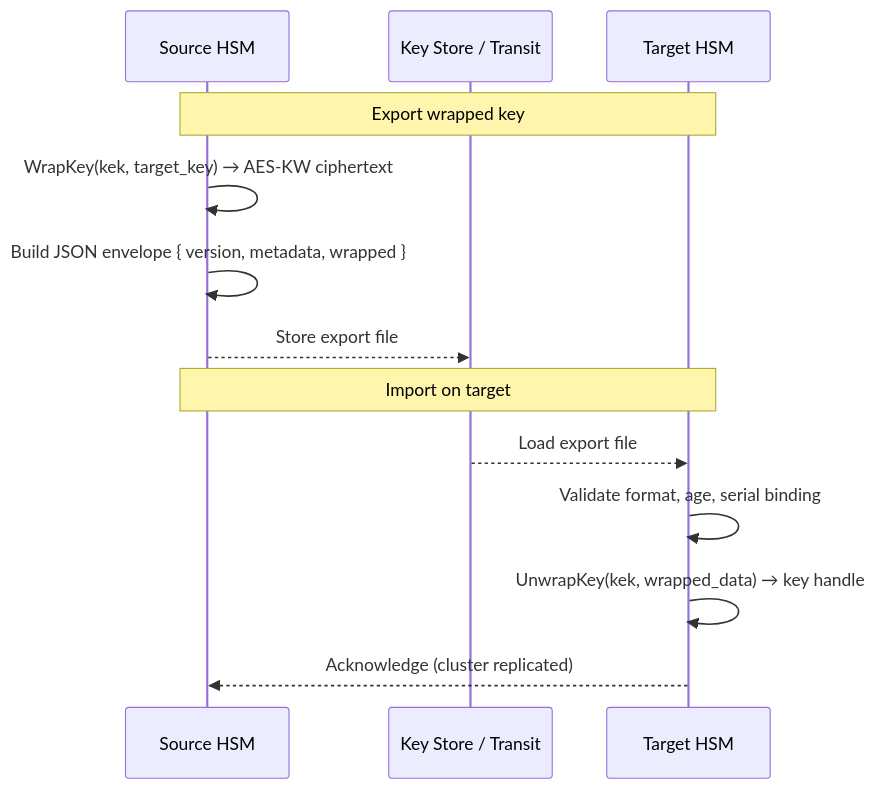
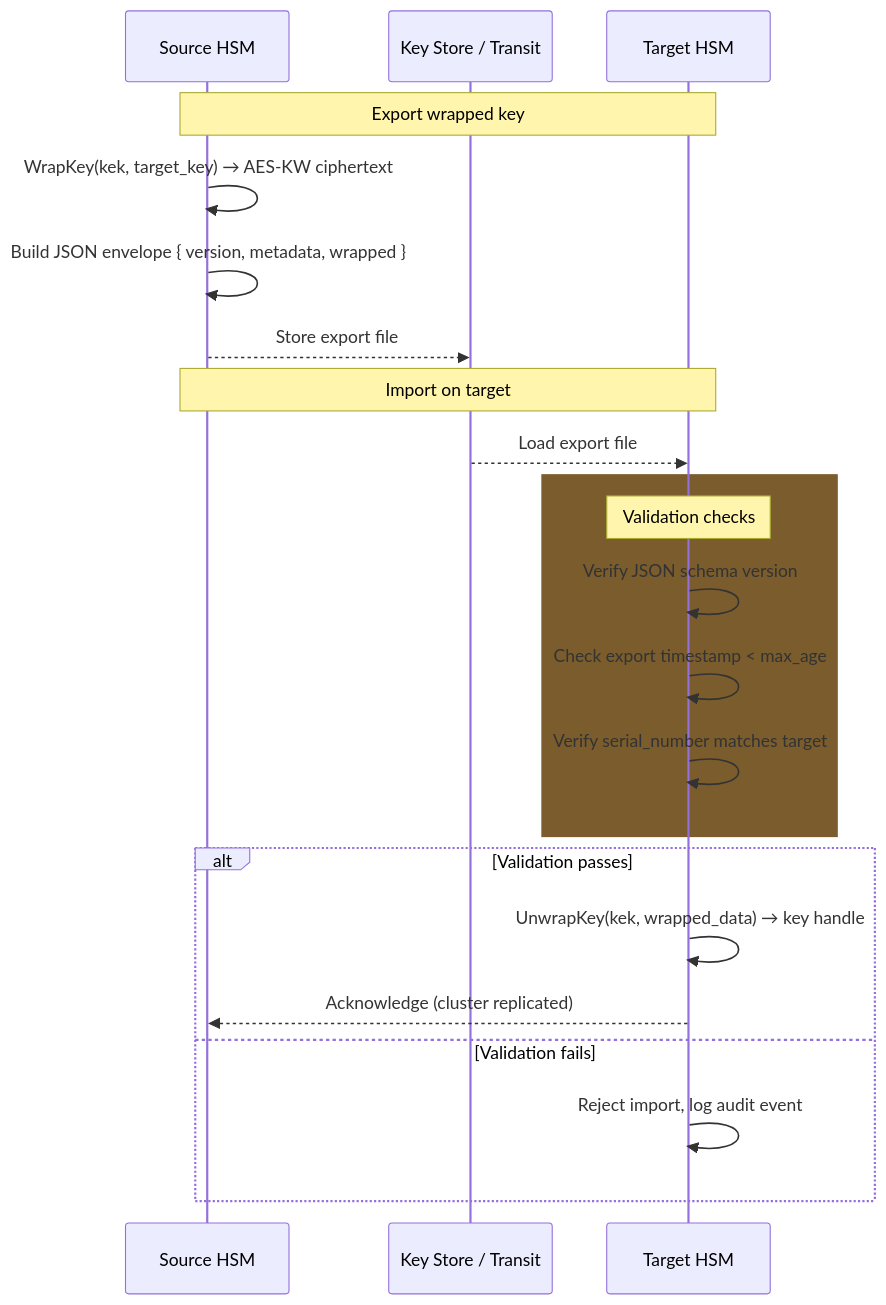
Before and after one commit to sonoransun/multicraton-hsm-testnet: diagram 12 of 16 in README.md, drawn with Mermaid. The commit also changed other lines of this file and 28 other files, not shown here.

````diff
--- a/README.md
+++ b/README.md
@@ -364,17 +407,28 @@
 ```mermaid
 sequenceDiagram
     participant HSM1 as Source HSM
     participant KS as Key Store / Transit
     participant HSM2 as Target HSM
 
     Note over HSM1,HSM2: Export wrapped key
     HSM1->>HSM1: WrapKey(kek, target_key) → AES-KW ciphertext
     HSM1->>HSM1: Build JSON envelope { version, metadata, wrapped }
     HSM1-->>KS: Store export file
 
     Note over HSM1,HSM2: Import on target
     KS-->>HSM2: Load export file
-    HSM2->>HSM2: Validate format, age, serial binding
-    HSM2->>HSM2: UnwrapKey(kek, wrapped_data) → key handle
-    HSM2-->>HSM1: Acknowledge (cluster replicated)
+
+    rect rgb(122, 92, 45)
+        Note over HSM2: Validation checks
+        HSM2->>HSM2: Verify JSON schema version
+        HSM2->>HSM2: Check export timestamp < max_age
+        HSM2->>HSM2: Verify serial_number matches target
+    end
+
+    alt Validation passes
+        HSM2->>HSM2: UnwrapKey(kek, wrapped_data) → key handle
+        HSM2-->>HSM1: Acknowledge (cluster replicated)
+    else Validation fails
+        HSM2->>HSM2: Reject import, log audit event
+    end
 ```
````
